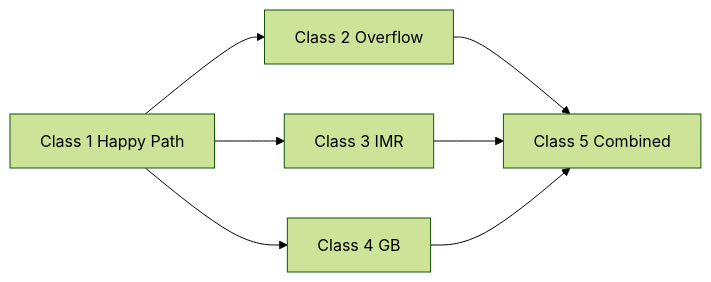
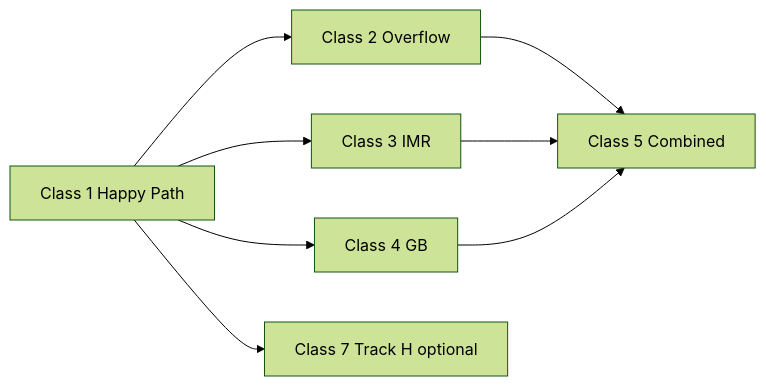
One commit to CuriousOne23/WhenMathPrays changed the diagram in thought_simulator/20_requirements/20.36_canonical_end_to_end_trace.md. Above: the diagram before and after it, drawn with Mermaid (forest theme). The commit also changed other lines of this file and 6 other files, not shown here.

````diff
--- a/thought_simulator/20_requirements/20.36_canonical_end_to_end_trace.md
+++ b/thought_simulator/20_requirements/20.36_canonical_end_to_end_trace.md
@@ -511,9 +730,10 @@
 ```mermaid
 flowchart LR
   C1[Class 1 Happy Path] --> C2[Class 2 Overflow]
   C1 --> C3[Class 3 IMR]
   C1 --> C4[Class 4 GB]
   C2 --> C5[Class 5 Combined]
   C3 --> C5
   C4 --> C5
+  C1 --> C7[Class 7 Track H optional]
 ```
````
